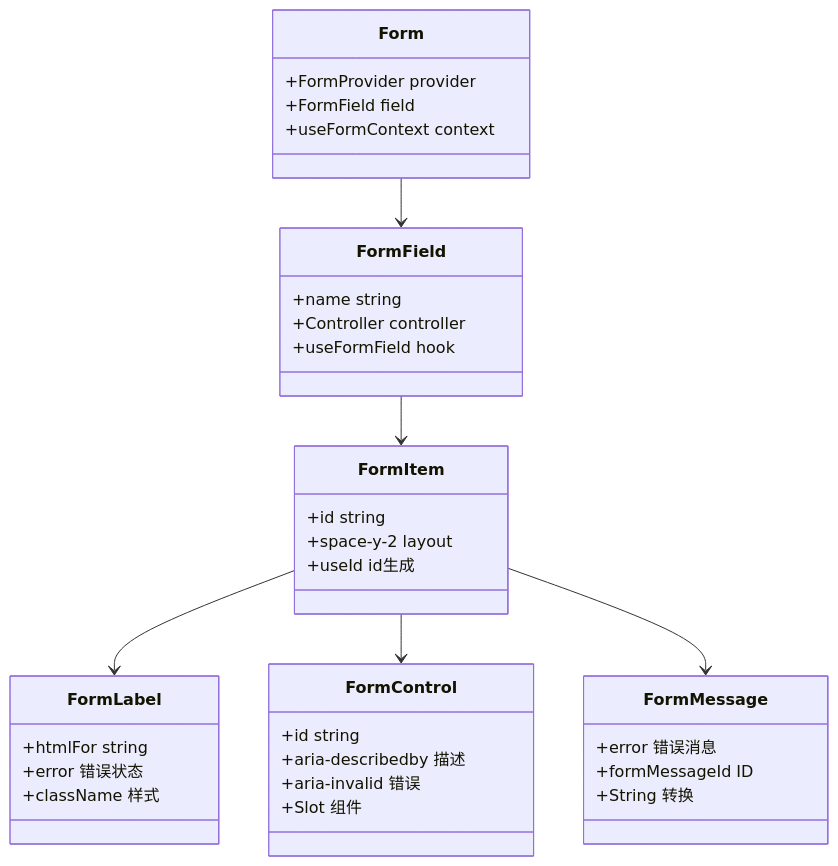
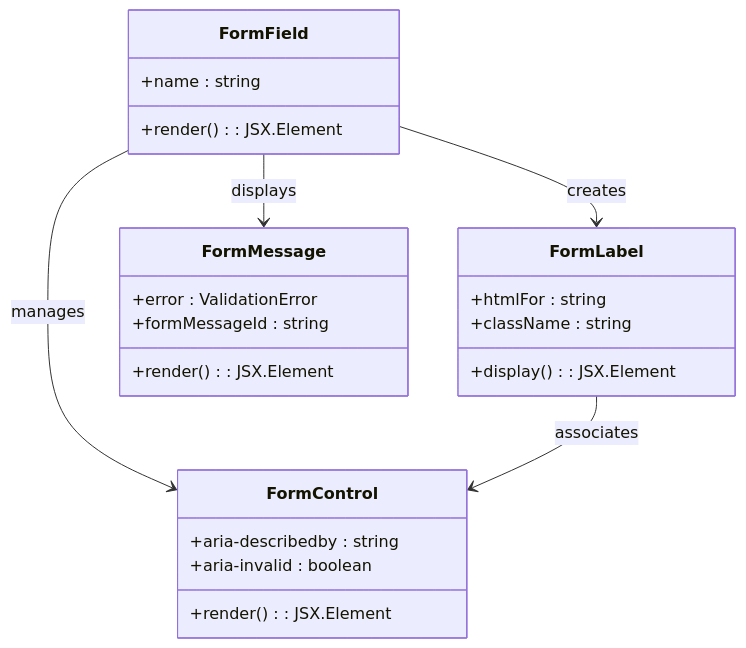
The fourth of 6 diagrams in .qoder/repowiki/zh/content/Accessibility Enhancements.md (RadiumAg/bilibili-favorites), drawn with Mermaid before and after one commit. The commit also changed other lines of this file and 21 other files, not shown here.

````diff
--- a/.qoder/repowiki/zh/content/Accessibility Enhancements.md
+++ b/.qoder/repowiki/zh/content/Accessibility Enhancements.md
@@ -357,39 +221,26 @@
 ```mermaid
 classDiagram
-class Form {
-+FormProvider provider
-+FormField field
-+useFormContext context
-}
 class FormField {
-+name string
-+Controller controller
-+useFormField hook
-}
-class FormItem {
-+id string
-+space-y-2 layout
-+useId id生成
++name : string
++render() : JSX.Element
 }
 class FormLabel {
-+htmlFor string
-+error 错误状态
-+className 样式
++htmlFor : string
++className : string
++display() : JSX.Element
 }
 class FormControl {
-+id string
-+aria-describedby 描述
-+aria-invalid 错误
-+Slot 组件
++aria-describedby : string
++aria-invalid : boolean
++render() : JSX.Element
 }
 class FormMessage {
-+error 错误消息
-+formMessageId ID
-+String 转换
++error : ValidationError
++formMessageId : string
++render() : JSX.Element
 }
-Form --> FormField
-FormField --> FormItem
-FormItem --> FormLabel
-FormItem --> FormControl
-FormItem --> FormMessage
+FormField --> FormLabel : creates
+FormField --> FormControl : manages
+FormField --> FormMessage : displays
+FormLabel --> FormControl : associates
 ```
````
